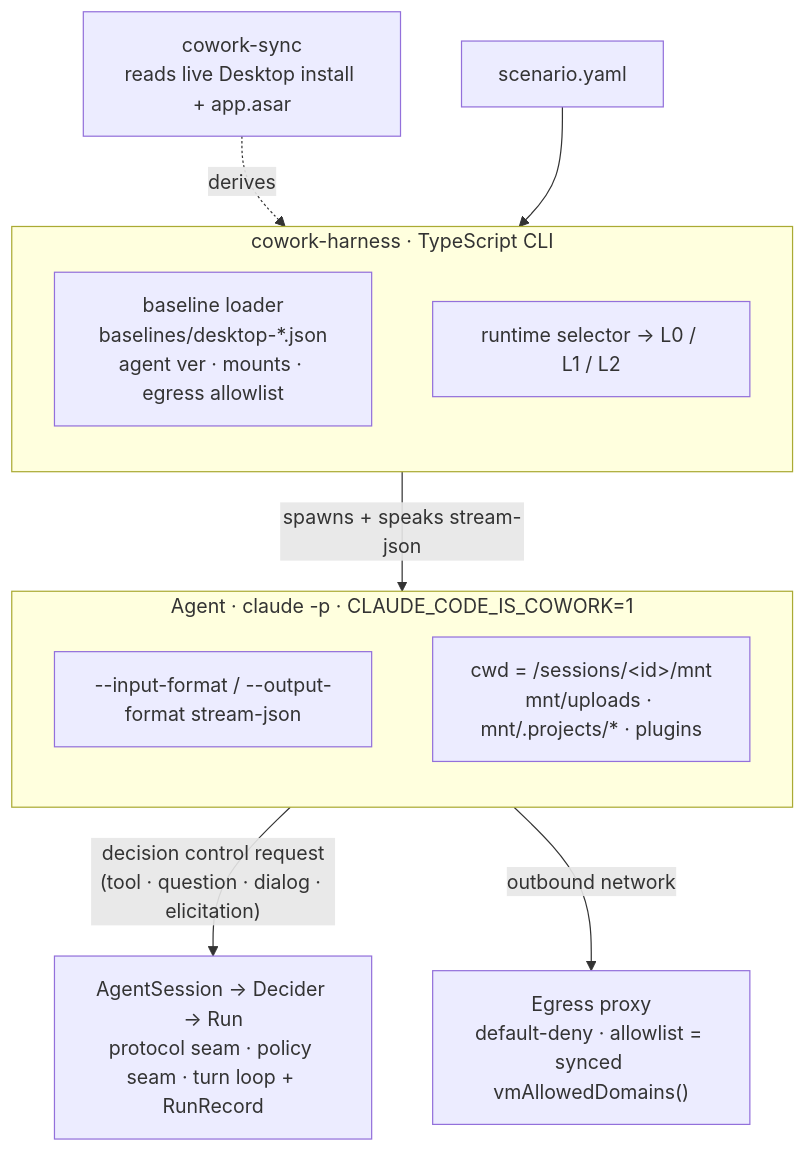
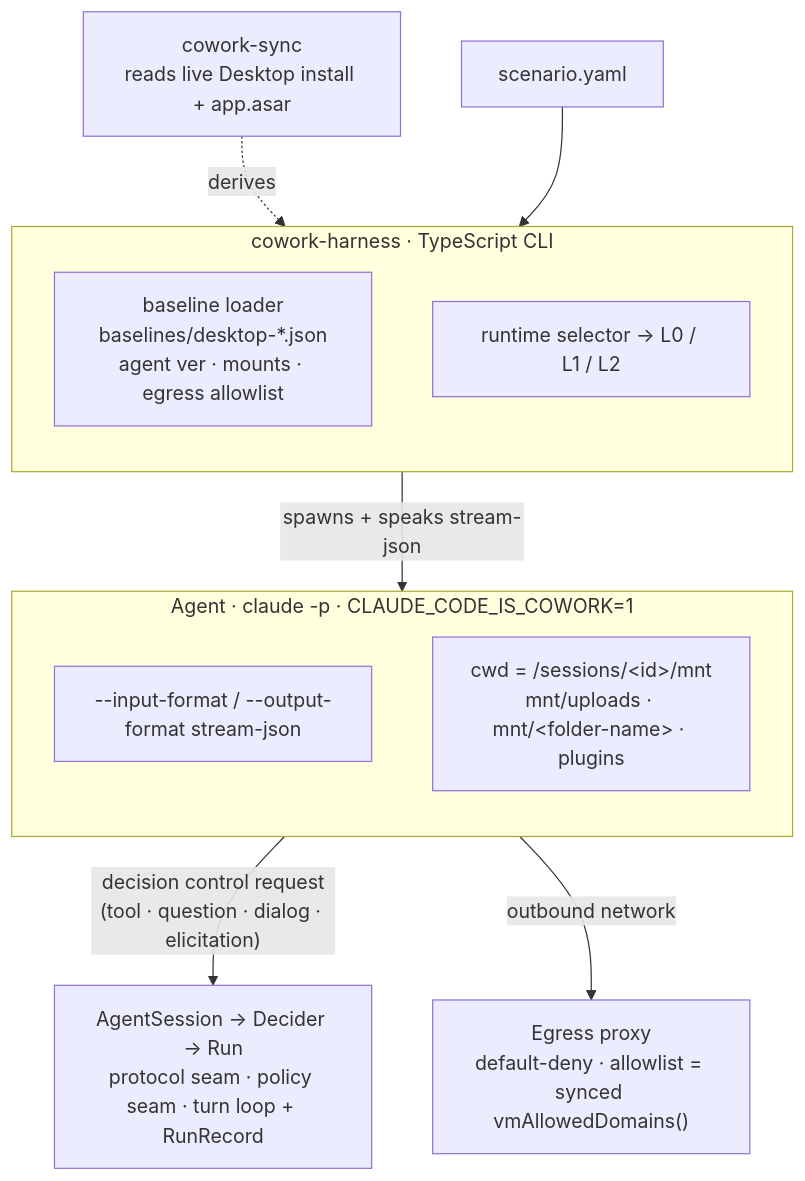
One commit to yaniv-golan/cowork-harness changed the diagram in DESIGN.md. Above: the diagram before and after it, drawn with Mermaid. The commit also changed other lines of this file and 31 other files, not shown here.

````diff
--- a/DESIGN.md
+++ b/DESIGN.md
@@ -7,22 +7,22 @@
 ```mermaid
 flowchart TB
     SCN["scenario.yaml"] --> CLI
     SYNC["cowork-sync<br/>reads live Desktop install + app.asar"]
 
     subgraph CLI["cowork-harness · TypeScript CLI"]
         direction TB
         BL["baseline loader<br/>baselines/desktop-*.json<br/>agent ver · mounts · egress allowlist"]
         RS["runtime selector → L0 / L1 / L2"]
     end
     SYNC -.->|derives| BL
 
     CLI -->|"spawns + speaks stream-json"| AGENT
     subgraph AGENT["Agent · claude -p · CLAUDE_CODE_IS_COWORK=1"]
         direction TB
         IO["--input-format / --output-format stream-json"]
-        FS["cwd = /sessions/&lt;id&gt;/mnt<br/>mnt/uploads · mnt/.projects/* · plugins"]
+        FS["cwd = /sessions/&lt;id&gt;/mnt<br/>mnt/uploads · mnt/&lt;folder-name&gt; · plugins"]
     end
 
     AGENT -->|"decision control request<br/>(tool · question · dialog · elicitation)"| DRV["AgentSession → Decider → Run<br/>protocol seam · policy seam · turn loop + RunRecord"]
     AGENT -->|"outbound network"| EG["Egress proxy<br/>default-deny · allowlist = synced vmAllowedDomains()"]
 ```
````
